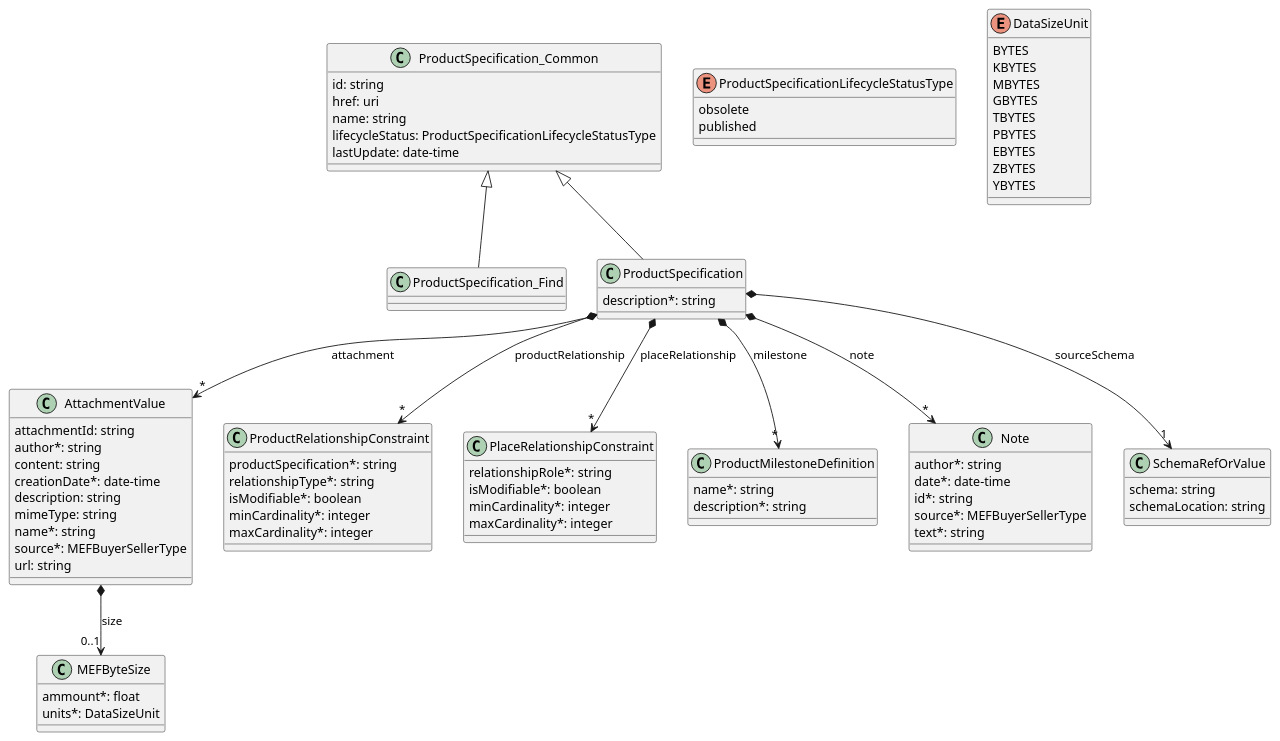
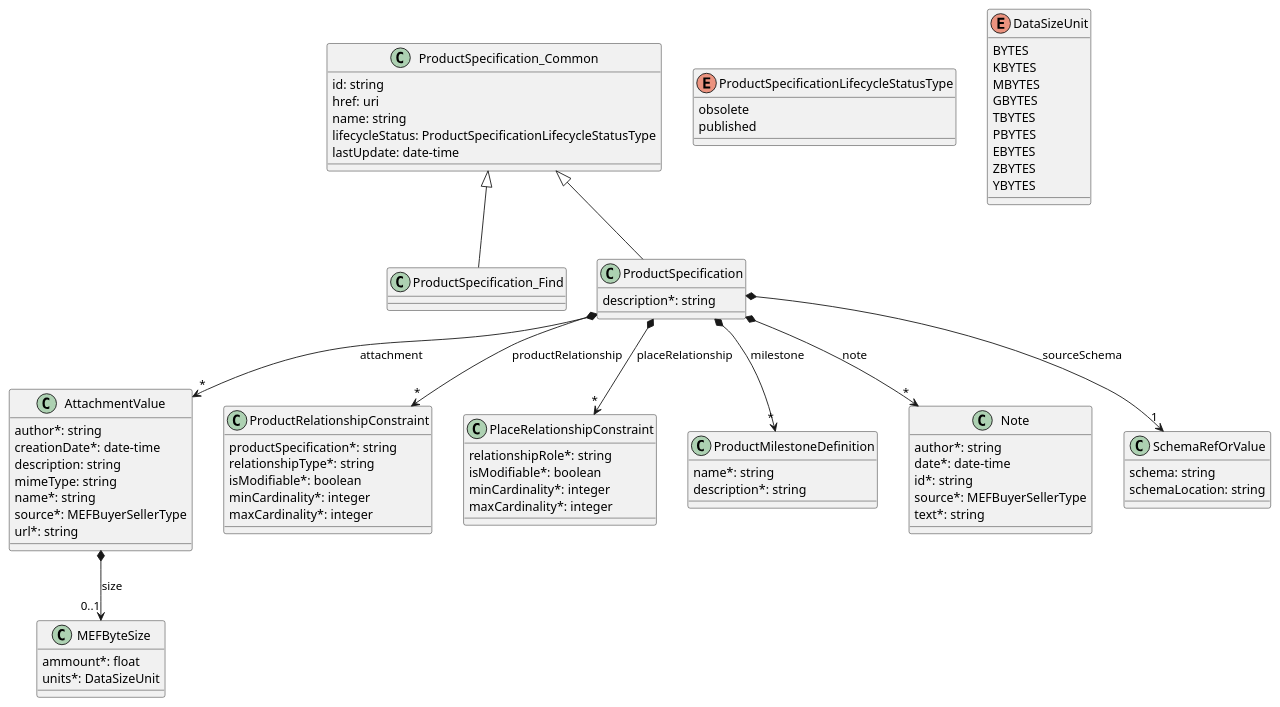
One commit to MEF-GIT/MEF-LSO-Sonata-SDK changed the diagram in documentation/productApi/catalog/media/src/specificationModel.puml. Above: the diagram before and after it, drawn with PlantUML. The commit also changed 429 other files, not shown here.

```diff
--- a/documentation/productApi/catalog/media/src/specificationModel.puml
+++ b/documentation/productApi/catalog/media/src/specificationModel.puml
@@ -1,123 +1,121 @@
 @startuml
 ' skinparam {
 '     ClassBackgroundColor White
 '     ClassBorderColor Black
 '     shadowing true
 '     RoundCorner 0
 '     LineColor DarkRed
 '     ArrowColor DarkRed
 '     ArrowThickness 1
 ' }
 
 class ProductSpecification_Common {
 
     id: string
     href: uri
     name: string
     lifecycleStatus: ProductSpecificationLifecycleStatusType
     lastUpdate: date-time
 }
 
 
 class ProductSpecification_Find {
 
 }
 ProductSpecification_Common <|-- ProductSpecification_Find
 
 
 
 class ProductSpecification {
 
     description*: string
 }
 ProductSpecification_Common <|-- ProductSpecification
 
 ProductSpecification *-->"*" AttachmentValue : attachment
 ProductSpecification *-->"*" ProductRelationshipConstraint : productRelationship
 ProductSpecification *-->"*" PlaceRelationshipConstraint : placeRelationship
 ProductSpecification *-->"*" ProductMilestoneDefinition : milestone
 ProductSpecification *-->"*" Note : note
 ProductSpecification *-->"1" SchemaRefOrValue : sourceSchema
 
 class AttachmentValue {
 
-    attachmentId: string
     author*: string
-    content: string
     creationDate*: date-time
     description: string
     mimeType: string
     name*: string
     source*: MEFBuyerSellerType
-    url: string
+    url*: string
 }
 
 class MEFByteSize {
    ammount*: float
    units*: DataSizeUnit
 }
 
 AttachmentValue *-->"0..1" MEFByteSize : size
 
 class Note {
 
     author*: string
     date*: date-time
     id*: string
     source*: MEFBuyerSellerType
     text*: string
 }
 
 class SchemaRefOrValue {
     schema: string
     schemaLocation: string
 }
 
 class PlaceRelationshipConstraint {
 
     relationshipRole*: string
     isModifiable*: boolean
     minCardinality*: integer
     maxCardinality*: integer
 }
 
 
 
 class ProductRelationshipConstraint {
 
     productSpecification*: string
     relationshipType*: string
     isModifiable*: boolean
     minCardinality*: integer
     maxCardinality*: integer
 }
 
 
 enum ProductSpecificationLifecycleStatusType {
 
     obsolete
     published
 }
 
 class ProductMilestoneDefinition {
 
     name*: string
     description*: string
 }
 
 
 
 enum DataSizeUnit {
     BYTES
     KBYTES
     MBYTES
     GBYTES
     TBYTES
     PBYTES
     EBYTES
     ZBYTES
     YBYTES
 }
 
 
 @enduml
```
